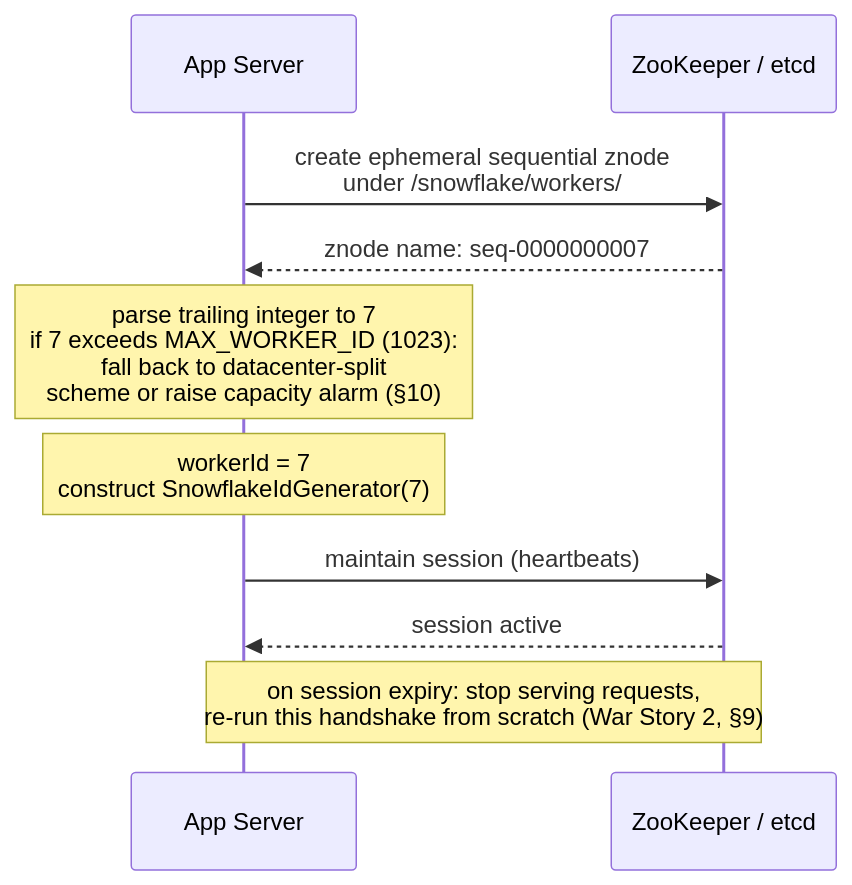
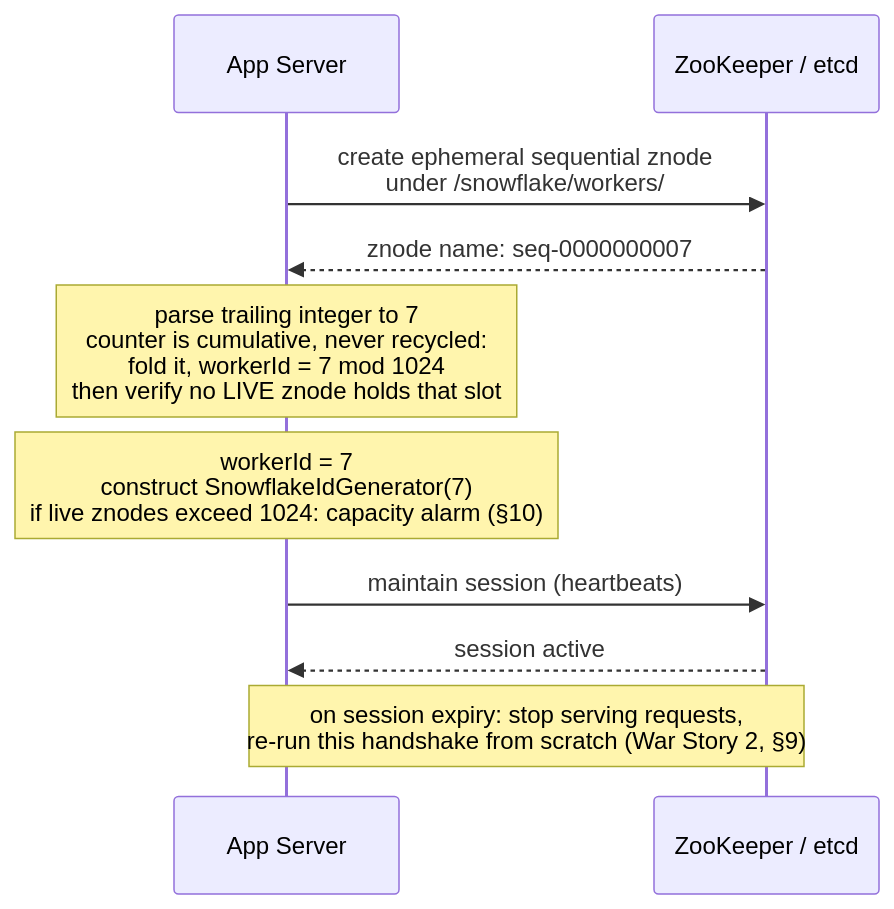
One commit to rppol/system-design changed the fourth of 7 diagrams in src/main/java/com/rutik/systemdesign/hld/case_studies/design_distributed_unique_id.md. Above: the diagram before and after it, drawn with Mermaid. The commit also changed other lines of this file and 4 other files, not shown here.

````diff
--- a/src/main/java/com/rutik/systemdesign/hld/case_studies/design_distributed_unique_id.md
+++ b/src/main/java/com/rutik/systemdesign/hld/case_studies/design_distributed_unique_id.md
@@ -175,17 +175,17 @@
 ```mermaid
 sequenceDiagram
     participant A as App Server
     participant Z as ZooKeeper / etcd
 
     A->>Z: create ephemeral sequential znode<br/>under /snowflake/workers/
     Z-->>A: znode name: seq-0000000007
 
-    Note over A: parse trailing integer to 7<br/>if 7 exceeds MAX_WORKER_ID (1023):<br/>fall back to datacenter-split<br/>scheme or raise capacity alarm (§10)
+    Note over A: parse trailing integer to 7<br/>counter is cumulative, never recycled:<br/>fold it, workerId = 7 mod 1024<br/>then verify no LIVE znode holds that slot
 
-    Note over A: workerId = 7<br/>construct SnowflakeIdGenerator(7)
+    Note over A: workerId = 7<br/>construct SnowflakeIdGenerator(7)<br/>if live znodes exceed 1024: capacity alarm (§10)
 
     A->>Z: maintain session (heartbeats)
     Z-->>A: session active
 
     Note over A,Z: on session expiry: stop serving requests,<br/>re-run this handshake from scratch (War Story 2, §9)
 ```
````
